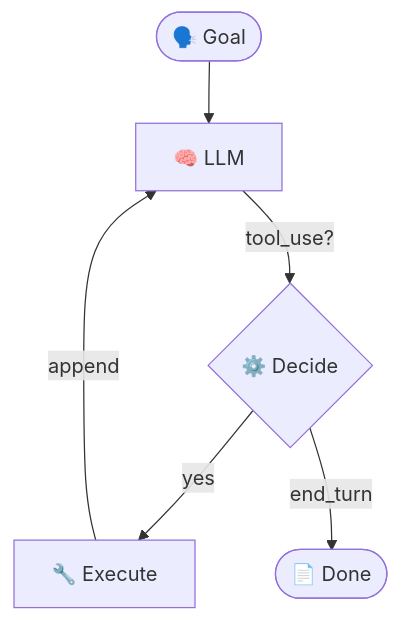
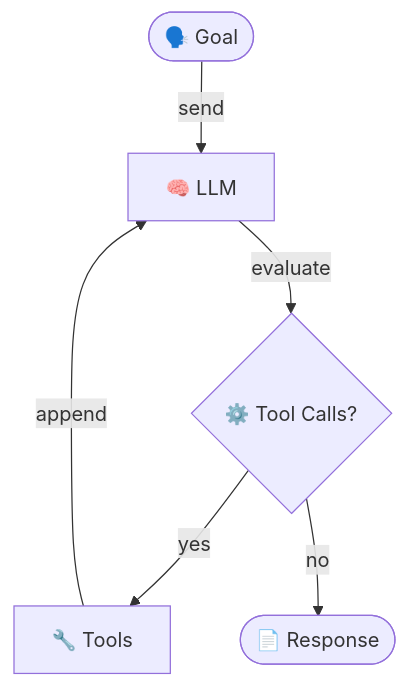
One commit to agenticloops-ai/agentic-ai-engineering changed the fifth of 8 diagrams in 01-foundations/workshop.md. Above: the diagram before and after it, drawn with Mermaid. The commit also changed other lines of this file, not shown here.

Commit message:
docs: standardize diagram naming (nouns for shapes, verbs for arrows)

````diff
--- a/01-foundations/workshop.md
+++ b/01-foundations/workshop.md
@@ -244,8 +244,8 @@
 ```mermaid
 flowchart TD
-    A([🗣️ Goal]) --> B[🧠 LLM]
-    B -->|tool_use?| C{⚙️ Decide}
-    C -->|yes| E[🔧 Execute]
+    A([🗣️ Goal]) -->|send| B[🧠 LLM]
+    B -->|evaluate| C{⚙️ Tool Calls?}
+    C -->|yes| E[🔧 Tools]
     E -->|append| B
-    C -->|end_turn| D([📄 Done])
+    C -->|no| D([📄 Response])
 ```
````
